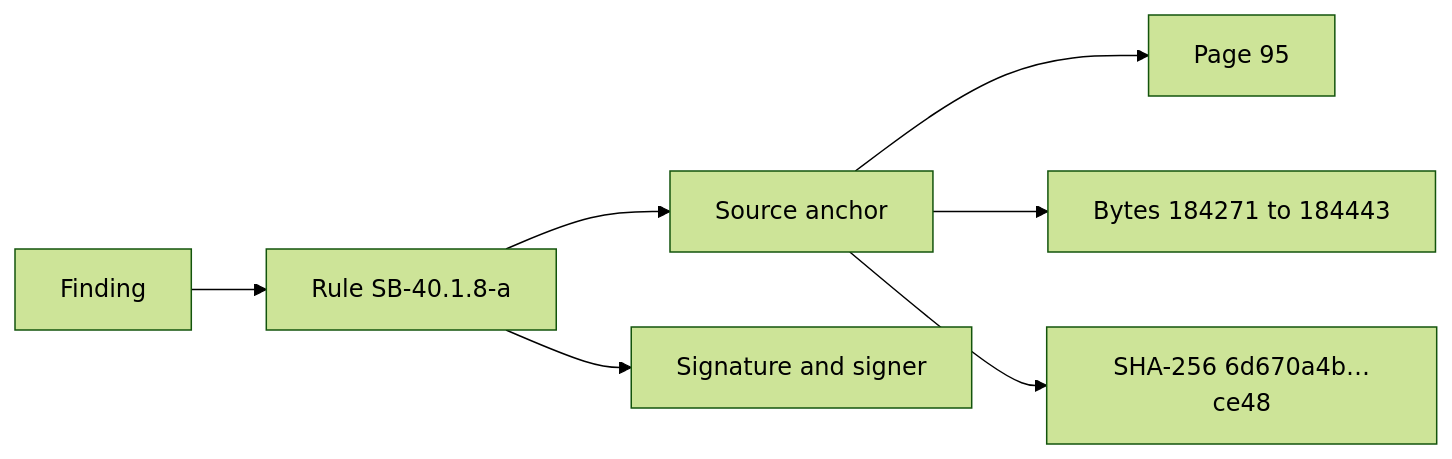
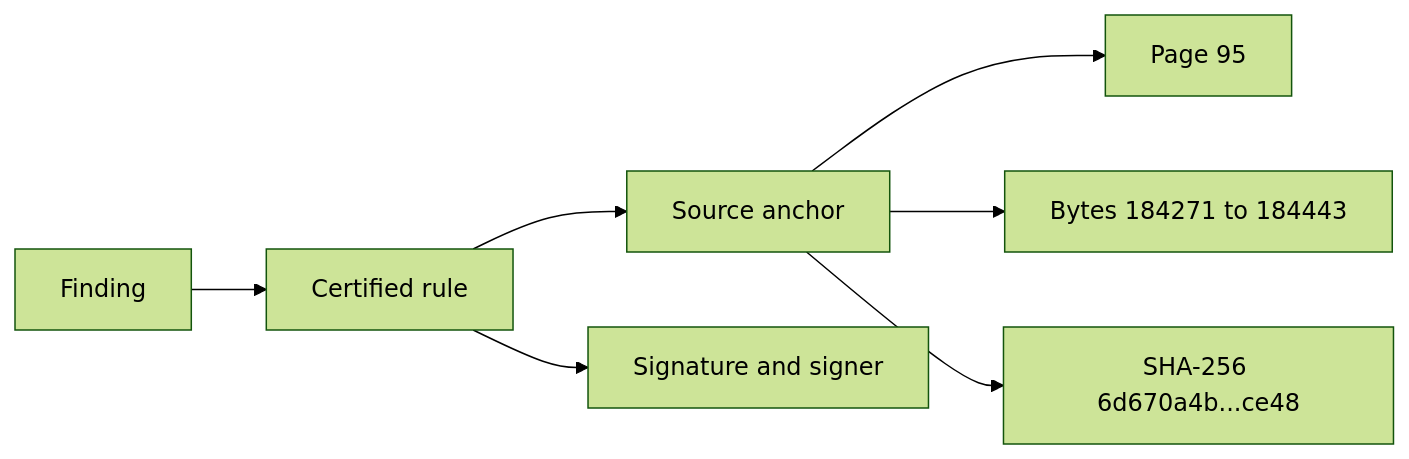
Before and after one commit to yerramsettysuchita/sanhita: diagram 12 of 12 in README.md, drawn with Mermaid (forest theme). The commit also changed other lines of this file, not shown here.

````diff
--- a/README.md
+++ b/README.md
@@ -1016,9 +834,9 @@
 ```mermaid
 flowchart LR
-    F[Finding] --> R["Rule SB-40.1.8-a"]
+    F[Finding] --> R[Certified rule]
     R --> S[Source anchor]
     S --> P[Page 95]
     S --> B["Bytes 184271 to 184443"]
-    S --> H["SHA-256 6d670a4b…ce48"]
+    S --> H["SHA-256 6d670a4b...ce48"]
     R --> C[Signature and signer]
 ```
````
